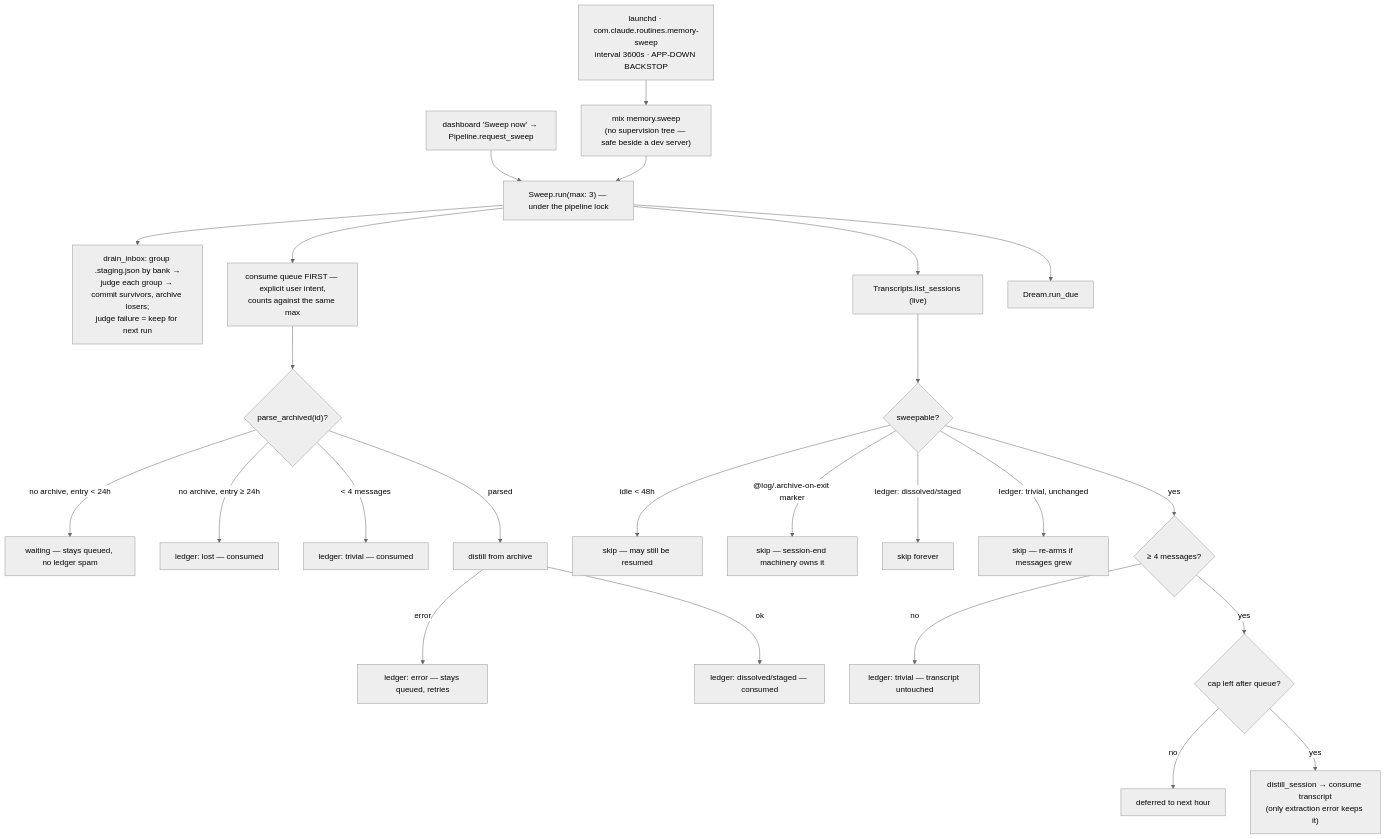
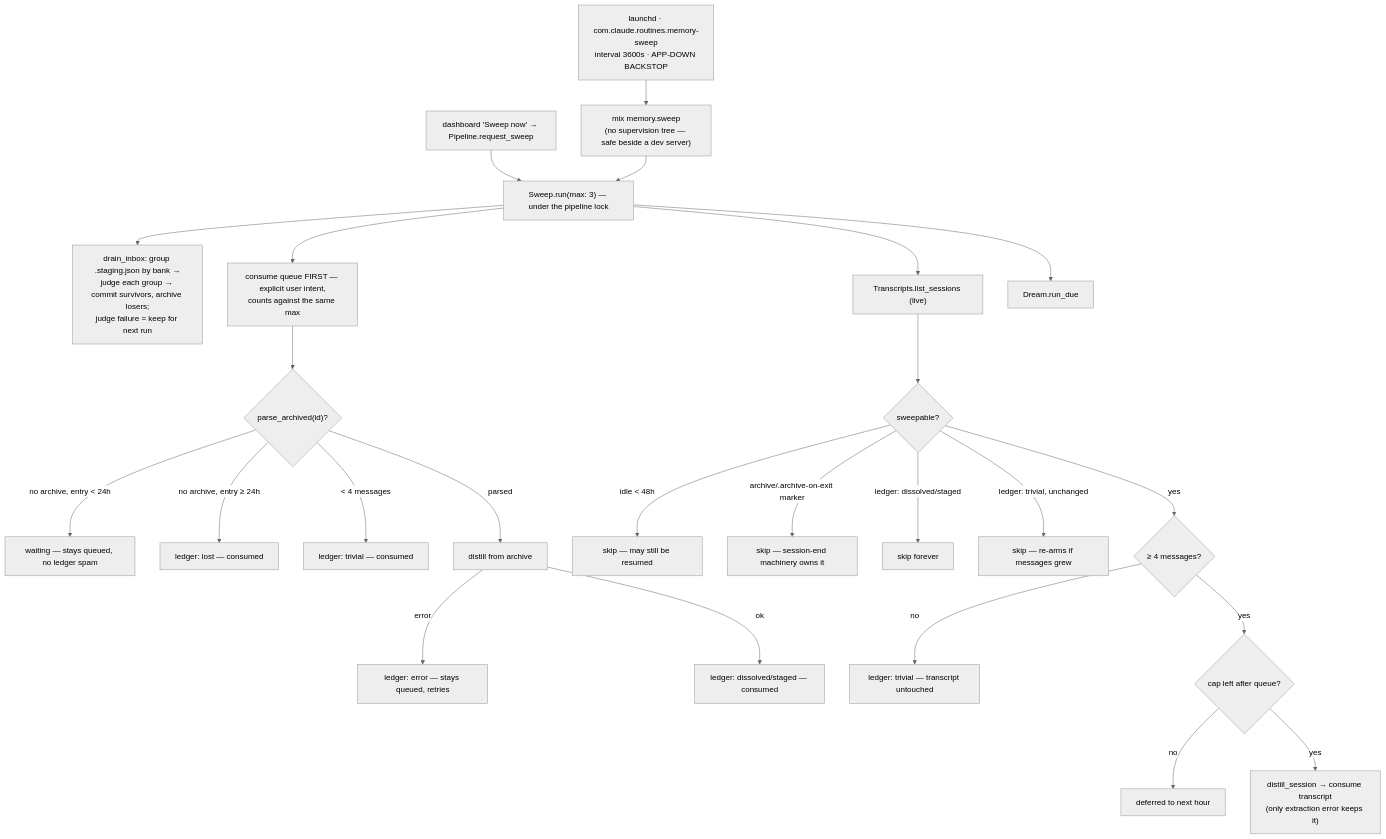
One commit to jgeschwendt/orrery changed the fifth of 8 diagrams in lib/orrery/memory.md. Above: the diagram before and after it, drawn with Mermaid (neutral theme). The commit also changed 1 other file, not shown here.

Commit message:
refactor: .archive-on-exit markers join the archive dir
archive_on_exit_dir → ~/.orrery/archive/.archive-on-exit (was under log/).
All delete-flow scripts re-pointed; also fixes a relocation-latent bug where
the wrapper's ephemeral-fork respawn wrote its marker to the deleted
~/.claude/@log path.

````diff
--- a/lib/orrery/memory.md
+++ b/lib/orrery/memory.md
@@ -295,31 +295,31 @@
 ```mermaid
 flowchart TD
     L["launchd · com.claude.routines.memory-sweep<br/>interval 3600s · APP-DOWN BACKSTOP"] --> MX["mix memory.sweep<br/>(no supervision tree — safe beside a dev server)"]
     UI2["dashboard 'Sweep now' → Pipeline.request_sweep"] --> RUN
     MX --> RUN["Sweep.run(max: 3) — under the pipeline lock"]
 
     RUN --> IB["drain_inbox: group .staging.json by bank →<br/>judge each group → commit survivors, archive losers;<br/>judge failure = keep for next run"]
 
     RUN --> QC["consume queue FIRST — explicit user intent,<br/>counts against the same max"]
     QC --> QA{"parse_archived(id)?"}
     QA -->|"no archive, entry < 24h"| QW["waiting — stays queued, no ledger spam"]
     QA -->|"no archive, entry ≥ 24h"| QL["ledger: lost — consumed"]
     QA -->|"< 4 messages"| QT["ledger: trivial — consumed"]
     QA -->|parsed| QD["distill from archive"]
     QD -->|error| QE["ledger: error — stays queued, retries"]
     QD -->|ok| QOK["ledger: dissolved/staged — consumed"]
 
     RUN --> LS["Transcripts.list_sessions (live)"]
     LS --> SQ{"sweepable?"}
     SQ -->|"idle < 48h"| NO1[skip — may still be resumed]
-    SQ -->|"@log/.archive-on-exit marker"| NO2[skip — session-end machinery owns it]
+    SQ -->|"archive/.archive-on-exit marker"| NO2[skip — session-end machinery owns it]
     SQ -->|"ledger: dissolved/staged"| NO3[skip forever]
     SQ -->|"ledger: trivial, unchanged"| NO4["skip — re-arms if messages grew"]
     SQ -->|yes| MC{"≥ 4 messages?"}
     MC -->|no| TRIV["ledger: trivial — transcript untouched"]
     MC -->|yes| CAP{"cap left after queue?"}
     CAP -->|no| DEF[deferred to next hour]
     CAP -->|yes| D2["distill_session → consume transcript<br/>(only extraction error keeps it)"]
 
     RUN --> CD["Dream.run_due"]
 ```
````
